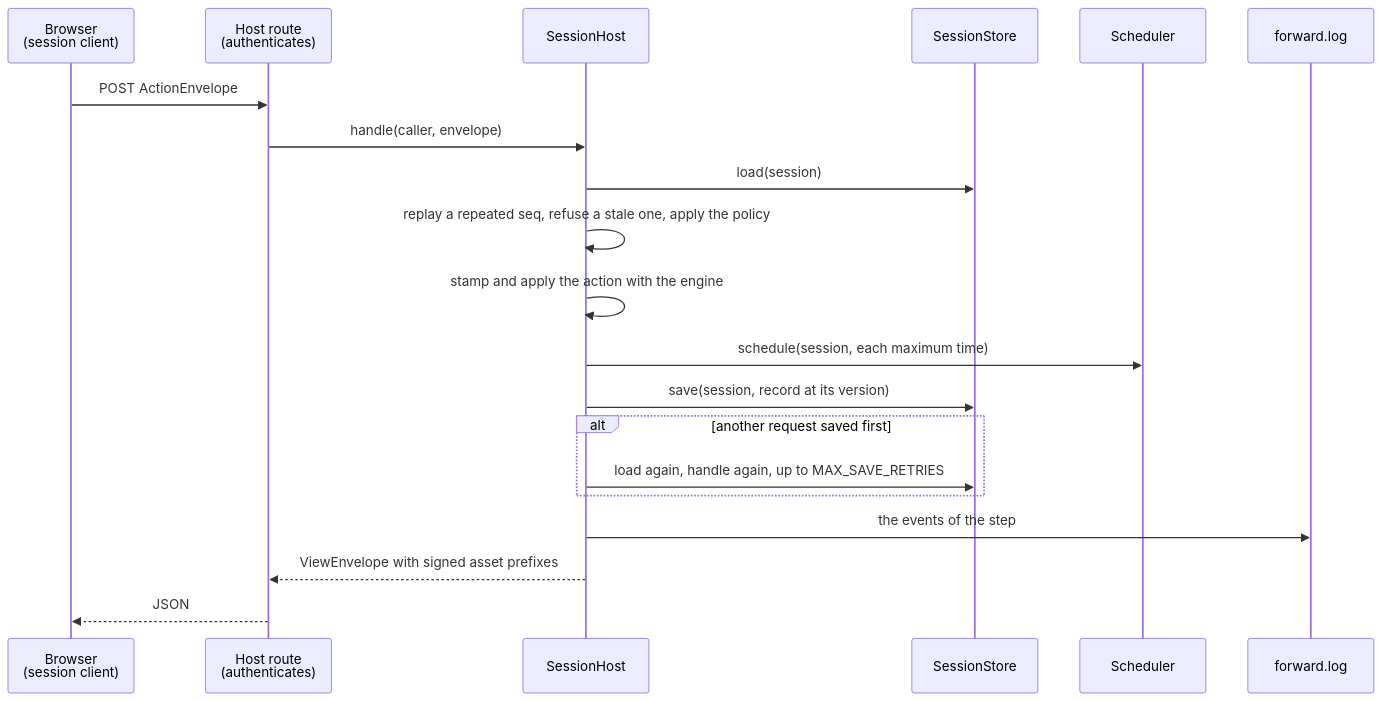
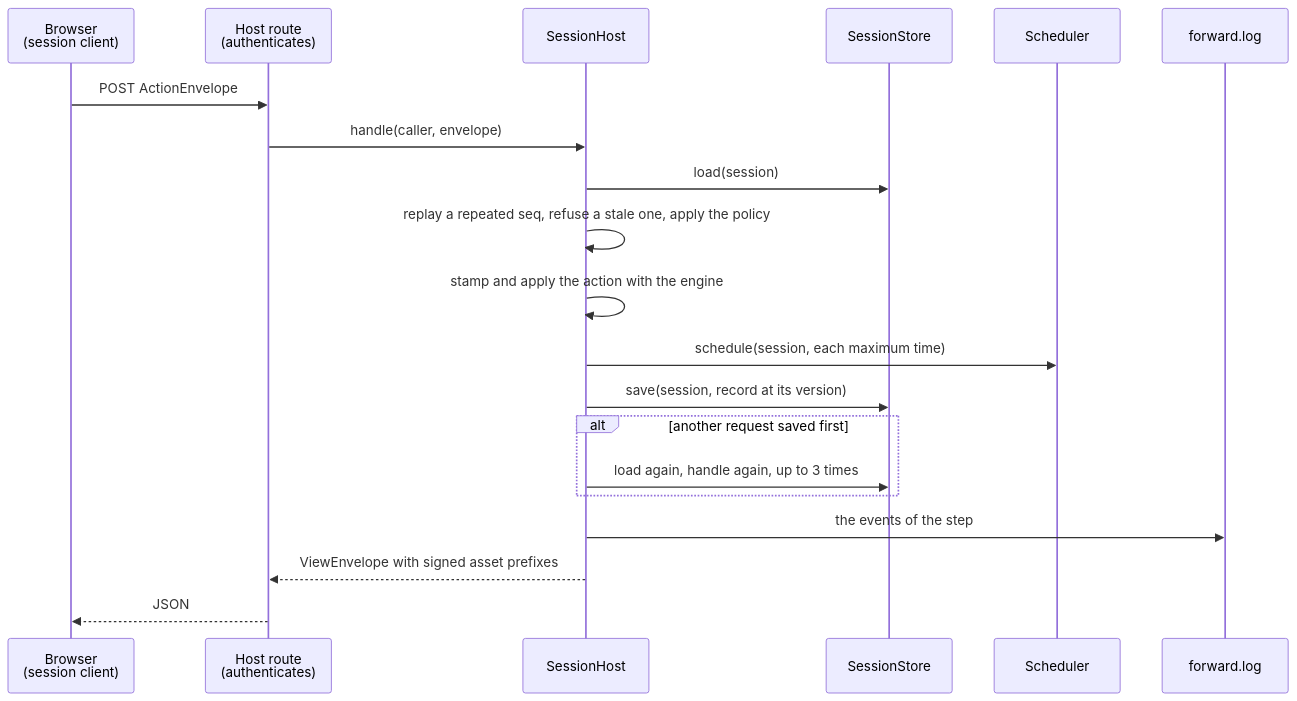
One commit to assesskit/assesskit changed the first of 5 diagrams in docs/player/server.md. Above: the diagram before and after it, drawn with Mermaid. The commit also changed other lines of this file and 10 other files, not shown here.

````diff
--- a/docs/player/server.md
+++ b/docs/player/server.md
@@ -7,22 +7,22 @@
 ```mermaid
 sequenceDiagram
   participant B as Browser<br/>(session client)
   participant R as Host route<br/>(authenticates)
   participant H as SessionHost
   participant S as SessionStore
   participant Q as Scheduler
   participant F as forward.log
   B->>R: POST ActionEnvelope
   R->>H: handle(caller, envelope)
   H->>S: load(session)
   H->>H: replay a repeated seq, refuse a stale one, apply the policy
   H->>H: stamp and apply the action with the engine
   H->>Q: schedule(session, each maximum time)
   H->>S: save(session, record at its version)
   alt another request saved first
-    H->>S: load again, handle again, up to MAX_SAVE_RETRIES
+    H->>S: load again, handle again, up to 3 times
   end
   H->>F: the events of the step
   H-->>R: ViewEnvelope with signed asset prefixes
   R-->>B: JSON
 ```
````
